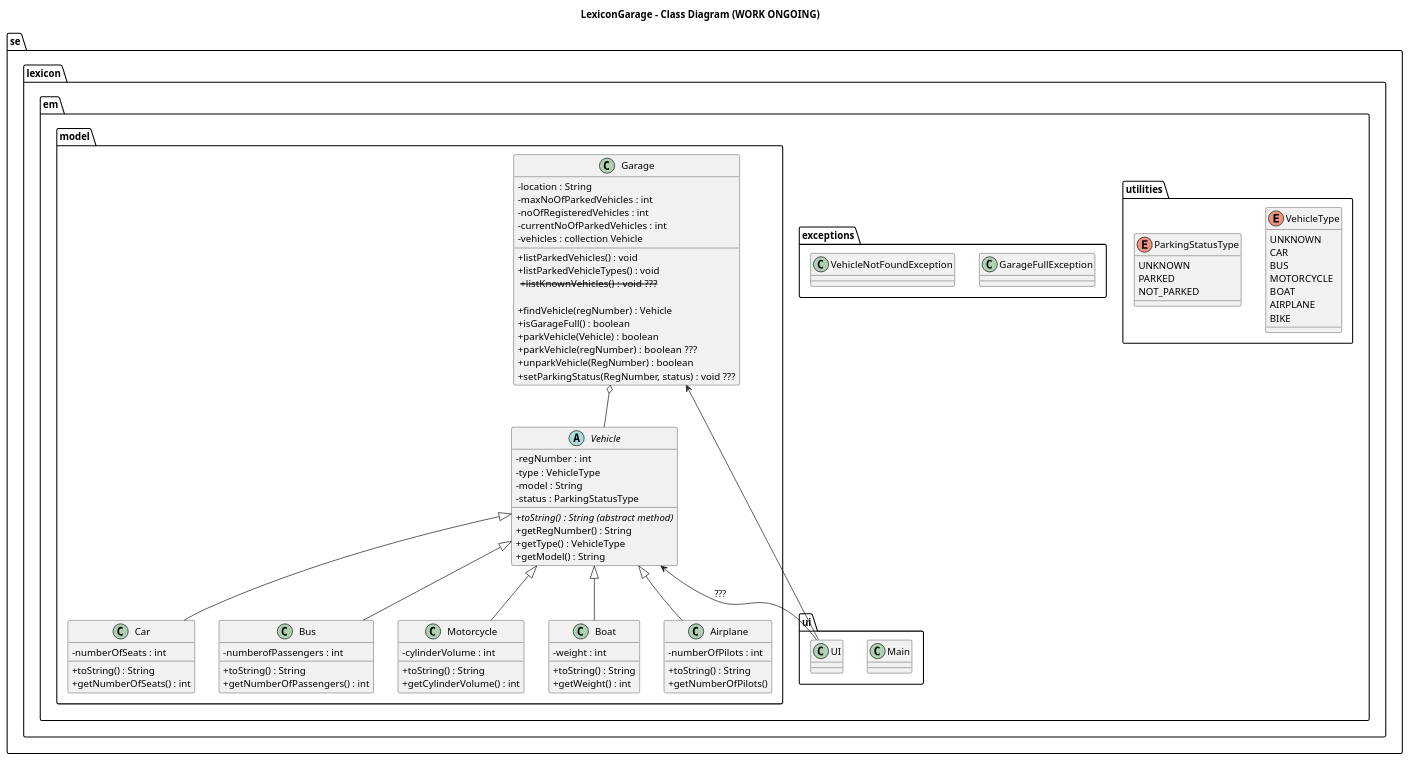
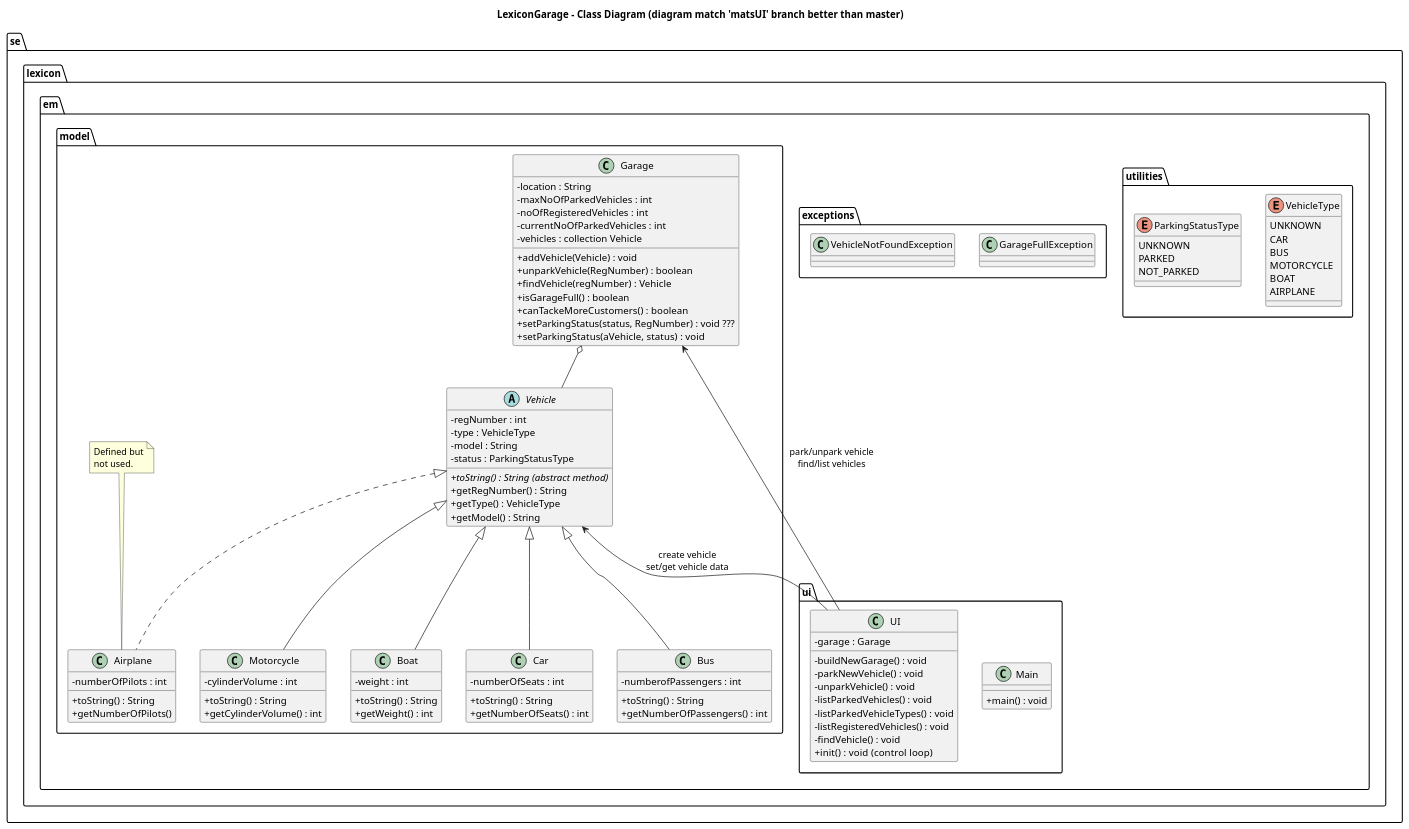
One commit to wikitrom/lexicon-garage changed the diagram in classDiagram.puml. Above: the diagram before and after it, drawn with PlantUML.

Commit message:
Update class diagram
Update diagram to better reflect the implementation.

```diff
--- a/classDiagram.puml
+++ b/classDiagram.puml
@@ -1,138 +1,152 @@
 @startuml
 
 ' settings
 ' --------------------------------------------
 skinparam classAttributeIconSize 0
 
-title LexiconGarage - Class Diagram (WORK ONGOING)
+title LexiconGarage - Class Diagram (diagram match 'matsUI' branch better than master)
 
 ' define packages/namespaces and/or classes
 ' --------------------------------------------
 
 namespace se.lexicon.em.utilities {
 enum VehicleType {
   UNKNOWN
   CAR
   BUS
   MOTORCYCLE
   BOAT
   AIRPLANE
-  BIKE
 }
 
 enum ParkingStatusType {
   UNKNOWN
   PARKED
   NOT_PARKED
   }
 
 }
 ' --- end namespace/package
 
 namespace se.lexicon.em.ui {
-class Main
-class UI
+class Main {
+  +main() : void
+}
+class UI {
+  -garage : Garage
+
+  -buildNewGarage() : void
+  -parkNewVehicle() : void
+  -unparkVehicle() : void
+  -listParkedVehicles() : void
+  -listParkedVehicleTypes() : void
+  -listRegisteredVehicles() : void
+  -findVehicle() : void
+  +init() : void  (control loop)
+}
+
 }
 ' --- end namespace/package
 
 namespace se.lexicon.em.exceptions {
 class GarageFullException
 class VehicleNotFoundException
 }
 ' --- end namespace/package
 
 namespace se.lexicon.em.model {
 
 ' -- Classes
 class Garage {
   -location : String
   -maxNoOfParkedVehicles : int
   -noOfRegisteredVehicles : int
   -currentNoOfParkedVehicles : int
   -vehicles : collection Vehicle
 
-  +listParkedVehicles() : void
-  +listParkedVehicleTypes() : void
- <strike> +listKnownVehicles() : void  ??? </strike>
-
+  '+listParkedVehicles() : void ???
+  '+listParkedVehicleTypes() : void ???
+  '+listKnownVehicles() : void  ???
+  +addVehicle(Vehicle) : void
+  +unparkVehicle(RegNumber) : boolean
   +findVehicle(regNumber) : Vehicle
   +isGarageFull() : boolean
-  +parkVehicle(Vehicle) : boolean
-  +parkVehicle(regNumber) : boolean  ???
-  +unparkVehicle(RegNumber) : boolean
-  +setParkingStatus(RegNumber, status) : void ???
+  +canTackeMoreCustomers() : boolean
+  +setParkingStatus(status, RegNumber) : void ???
+  +setParkingStatus(aVehicle,  status) : void
 
 }
 
 abstract class Vehicle {
   -regNumber : int
   -type : VehicleType
   -model : String
   -status : ParkingStatusType
 
   {abstract} +toString() : String (abstract method)
   +getRegNumber() : String
   +getType() : VehicleType
   +getModel() : String
 
 }
 
 class Car {
   -numberOfSeats : int
 
   +toString() : String
   +getNumberOfSeats() : int
 }
 
 class Bus {
   -numberofPassengers : int
 
   +toString() : String
   +getNumberOfPassengers() : int
 }
 
 class Motorcycle {
   -cylinderVolume : int
 
   +toString() : String
   +getCylinderVolume() : int
 }
 
 class Boat {
   -weight : int
 
   +toString() : String
   +getWeight() : int
 }
 
 class Airplane {
  -numberOfPilots : int
 
   +toString() : String
   +getNumberOfPilots()
 }
-
+note "Defined but\nnot used." as N1
+N1 .. Airplane
 
 ' -- Relations
 
 Vehicle <|-- Car
 Vehicle <|-- Bus
 Vehicle <|-- Motorcycle
 Vehicle <|-- Boat
-Vehicle <|-- Airplane
+Vehicle <|.. Airplane
 
 Garage o-- Vehicle
 
 }
 ' --- end namespace/package
 
 
 ' define relations between packages/namespaces
 ' --------------------------------------------
 
-se.lexicon.em.model.Garage <-down- se.lexicon.em.ui.UI
-se.lexicon.em.model.Vehicle <-down- se.lexicon.em.ui.UI  : ???
+se.lexicon.em.model.Garage <-down- se.lexicon.em.ui.UI  : park/unpark vehicle\nfind/list vehicles
+se.lexicon.em.model.Vehicle <-down- se.lexicon.em.ui.UI : create vehicle\nset/get vehicle data
 ' se.lexicon.em.utilities -- se.lexicon.em.model.Vehicle
 ' se.lexicon.em.exceptions -up- se.lexicon.em.model
 
 @enduml
```
